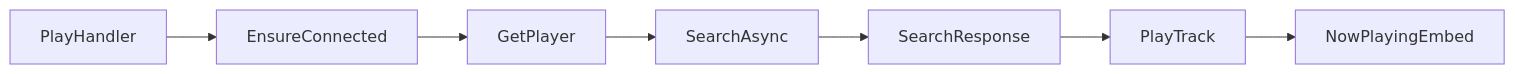
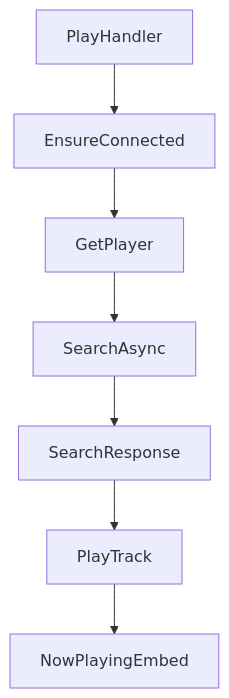
Before and after one commit to Myxelium/Lunaris2.0: the diagram in Bot/Handler/MusicPlayer/PlayCommand/readme.md, drawn with Mermaid. The commit also changed other lines of this file, not shown here.

````diff
--- a/Bot/Handler/MusicPlayer/PlayCommand/readme.md
+++ b/Bot/Handler/MusicPlayer/PlayCommand/readme.md
@@ -1,9 +1,9 @@
 ```mermaid
-flowchart LR
+flowchart TD
     PlayHandler --> EnsureConnected
     EnsureConnected --> GetPlayer
     GetPlayer --> SearchAsync
     SearchAsync --> SearchResponse
     SearchResponse --> PlayTrack
     PlayTrack --> NowPlayingEmbed
 ```
````
